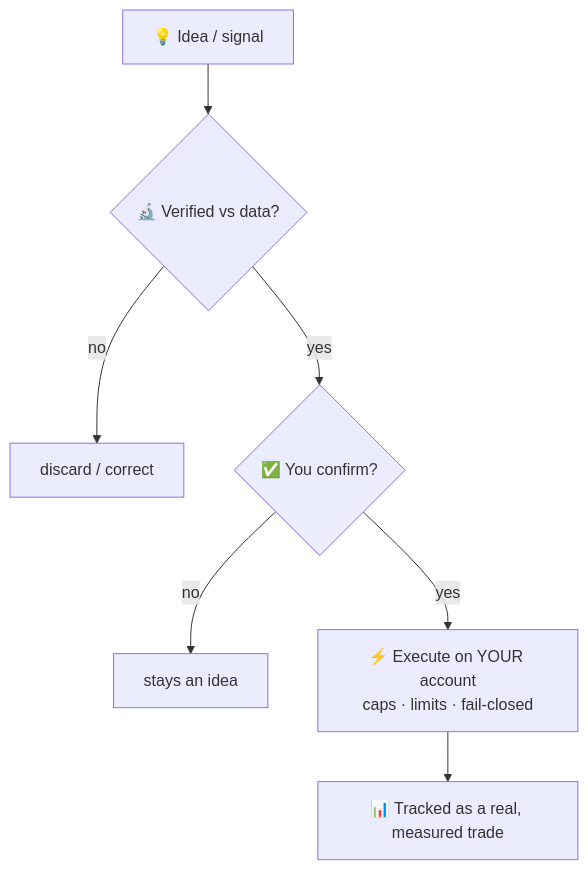
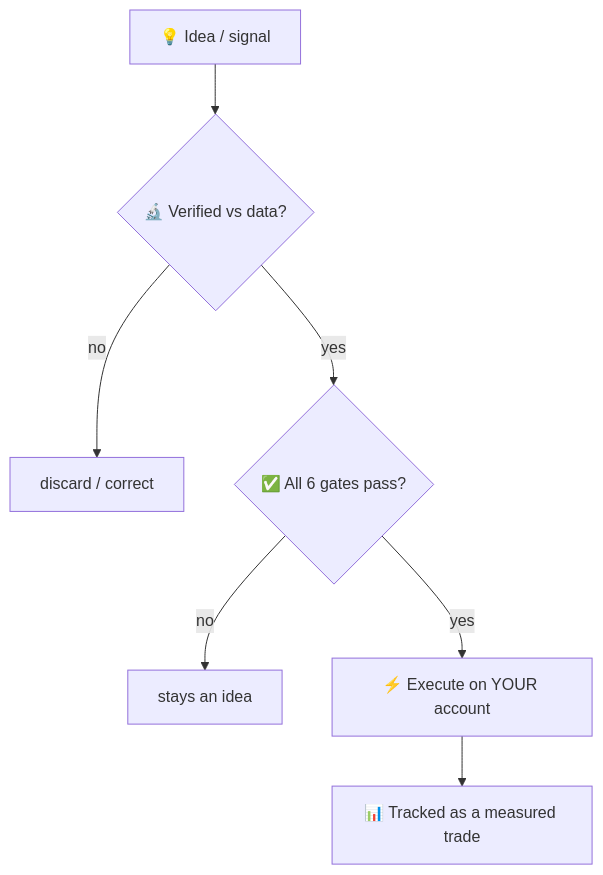
Before and after one commit to formionai/docs: the second of 3 diagrams in fora.md, drawn with Mermaid. The commit also changed other lines of this file and 3 other files, not shown here.

Commit message:
docs(FORA): scientific upgrade — KaTeX math (theory-of-mind pull, TF-IDF cosine recall, Wilson calibration, expectancy/Sharpe/DD, gated-execution predicate, self-tuning rule, genetic fitness) + robot/track-record/consensus figures + GA diagram

````diff
--- a/fora.md
+++ b/fora.md
@@ -74,9 +112,9 @@
 ```mermaid
 flowchart TD
   I["💡 Idea / signal"] --> V{"🔬 Verified vs data?"}
   V -->|no| X["discard / correct"]
-  V -->|yes| C{"✅ You confirm?"}
+  V -->|yes| C{"✅ All 6 gates pass?"}
   C -->|no| H["stays an idea"]
-  C -->|yes| E["⚡ Execute on YOUR account<br/>caps · limits · fail-closed"]
-  E --> T["📊 Tracked as a real, measured trade"]
+  C -->|yes| E["⚡ Execute on YOUR account"]
+  E --> T["📊 Tracked as a measured trade"]
 ```
````
